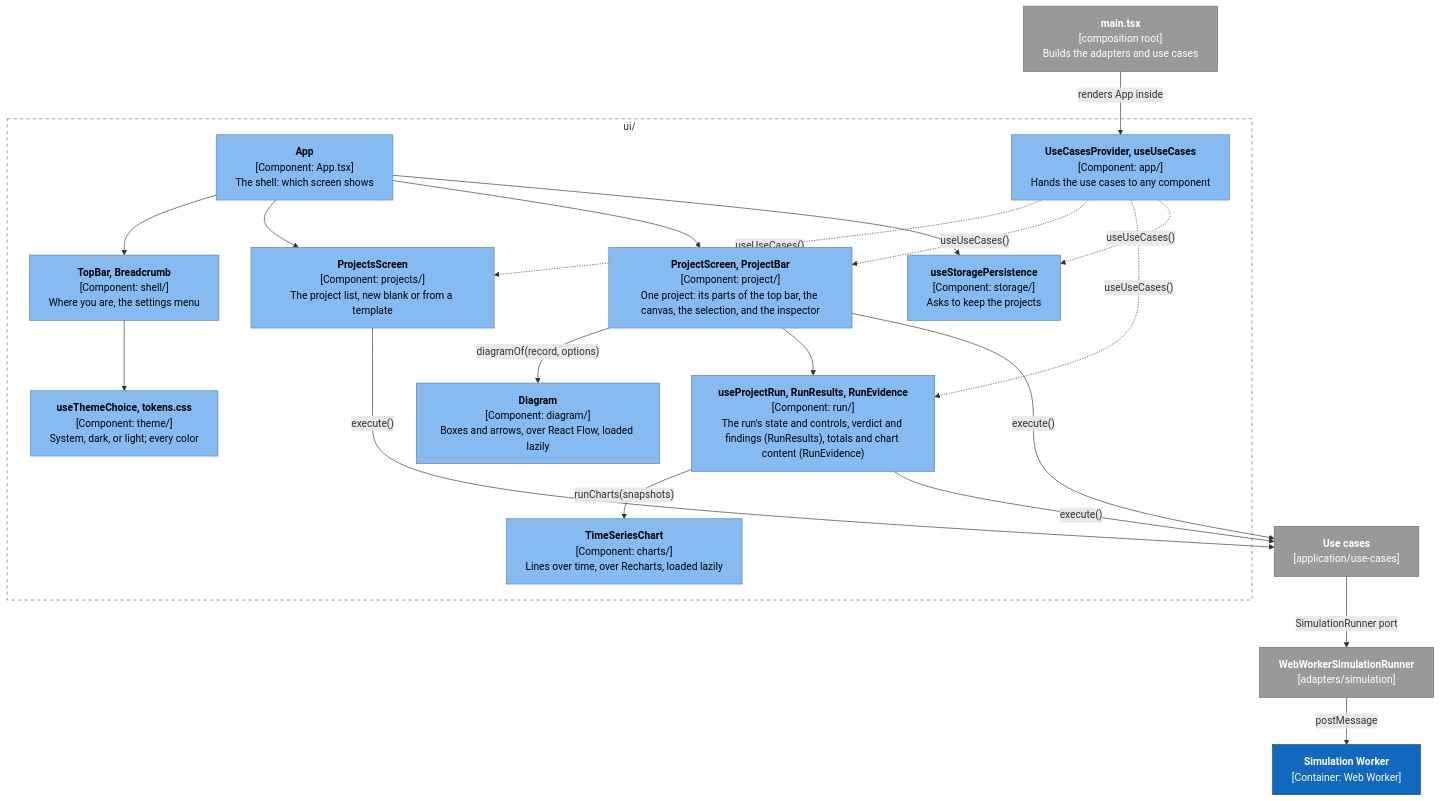
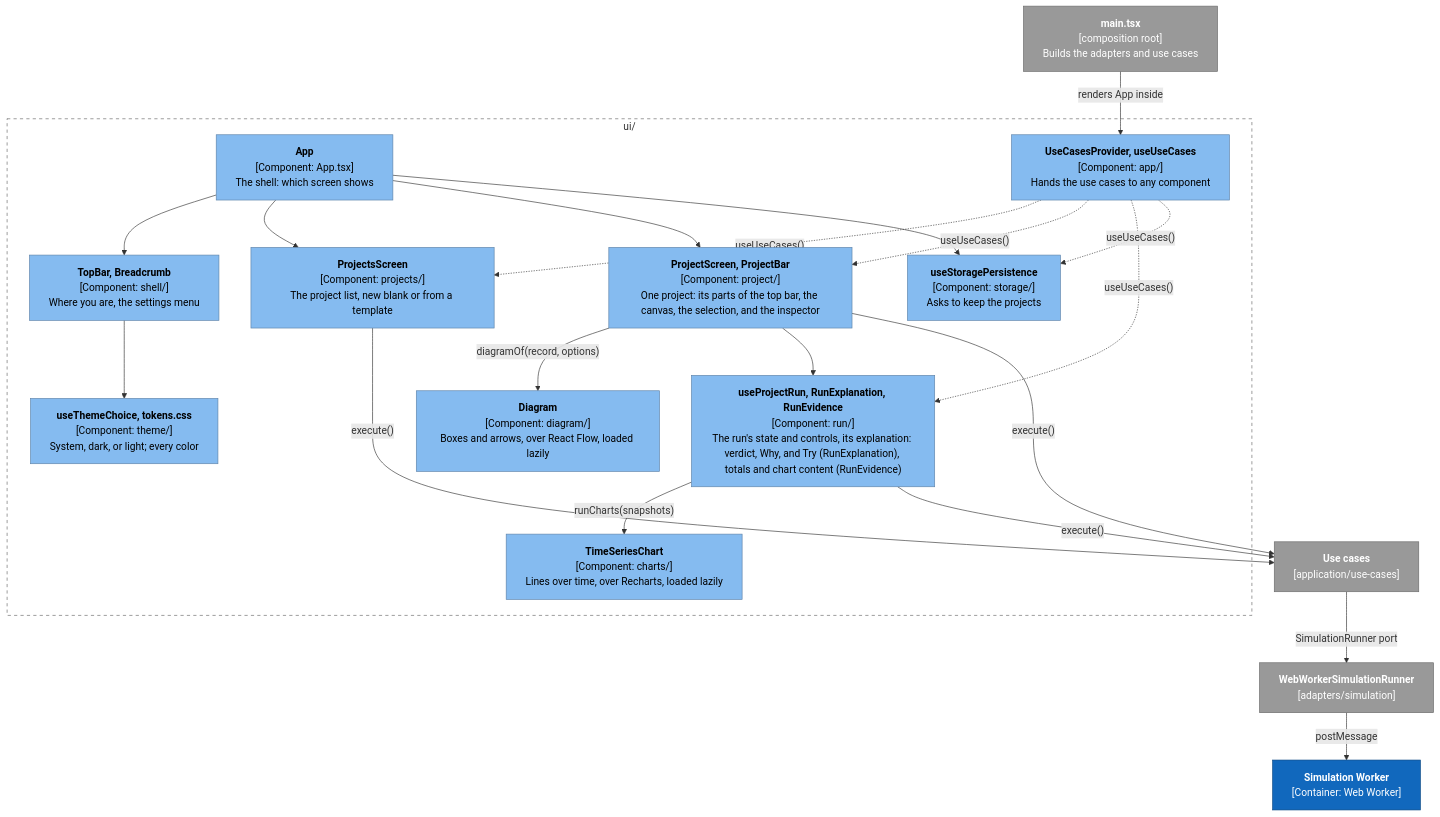
One commit to alanbickel/wind-tunnel changed the first of 4 diagrams in docs/architecture/user-interface.md. Above: the diagram before and after it, drawn with Mermaid. The commit also changed other lines of this file and 37 other files, not shown here.

Commit message:
feat(ui): the inspector explains the run with Why and Try, without tabs, at about a quarter of the window

````diff
--- a/docs/architecture/user-interface.md
+++ b/docs/architecture/user-interface.md
@@ -11,36 +11,36 @@
 ```mermaid
 %%{init: {"flowchart": {"wrappingWidth": 320}}}%%
 flowchart TB
     main["<b>main.tsx</b><br/>[composition root]<br/>Builds the adapters and use cases"]:::external
     subgraph ui["ui/"]
         app["<b>App</b><br/>[Component: App.tsx]<br/>The shell: which screen shows"]:::component
         shell["<b>TopBar, Breadcrumb</b><br/>[Component: shell/]<br/>Where you are, the settings menu"]:::component
         provider["<b>UseCasesProvider, useUseCases</b><br/>[Component: app/]<br/>Hands the use cases to any component"]:::component
         projects["<b>ProjectsScreen</b><br/>[Component: projects/]<br/>The project list, new blank or from a template"]:::component
         project["<b>ProjectScreen, ProjectBar</b><br/>[Component: project/]<br/>One project: its parts of the top bar, the canvas, the selection, and the inspector"]:::component
-        run["<b>useProjectRun, RunResults, RunEvidence</b><br/>[Component: run/]<br/>The run's state and controls, verdict and findings (RunResults), totals and chart content (RunEvidence)"]:::component
+        run["<b>useProjectRun, RunExplanation, RunEvidence</b><br/>[Component: run/]<br/>The run's state and controls, its explanation: verdict, Why, and Try (RunExplanation), totals and chart content (RunEvidence)"]:::component
         storage["<b>useStoragePersistence</b><br/>[Component: storage/]<br/>Asks to keep the projects"]:::component
         theme["<b>useThemeChoice, tokens.css</b><br/>[Component: theme/]<br/>System, dark, or light; every color"]:::component
         diagram["<b>Diagram</b><br/>[Component: diagram/]<br/>Boxes and arrows, over React Flow, loaded lazily"]:::component
         charts["<b>TimeSeriesChart</b><br/>[Component: charts/]<br/>Lines over time, over Recharts, loaded lazily"]:::component
     end
     uc["<b>Use cases</b><br/>[application/use-cases]"]:::external
     runner["<b>WebWorkerSimulationRunner</b><br/>[adapters/simulation]"]:::external
     worker["<b>Simulation Worker</b><br/>[Container: Web Worker]"]:::system
     main -->|"renders App inside"| provider
     provider -.->|"useUseCases()"| projects & project & run & storage
     app --> shell & projects & project & storage
     shell --> theme
     project -->|"diagramOf(record, options)"| diagram
     project --> run
     run -->|"runCharts(snapshots)"| charts
     projects & project & run -->|"execute()"| uc
     uc -->|"SimulationRunner port"| runner
     runner -->|"postMessage"| worker
     style ui fill:none,stroke:#666,stroke-dasharray:5 5
     classDef person fill:#08427b,stroke:#052e56,color:#fff
     classDef system fill:#1168bd,stroke:#0b4884,color:#fff
     classDef component fill:#85bbf0,stroke:#5d82a8,color:#000
     classDef external fill:#999,stroke:#6b6b6b,color:#fff
     classDef planned fill:#fff,stroke:#1168bd,color:#1168bd,stroke-dasharray:5 5
 ```
````
